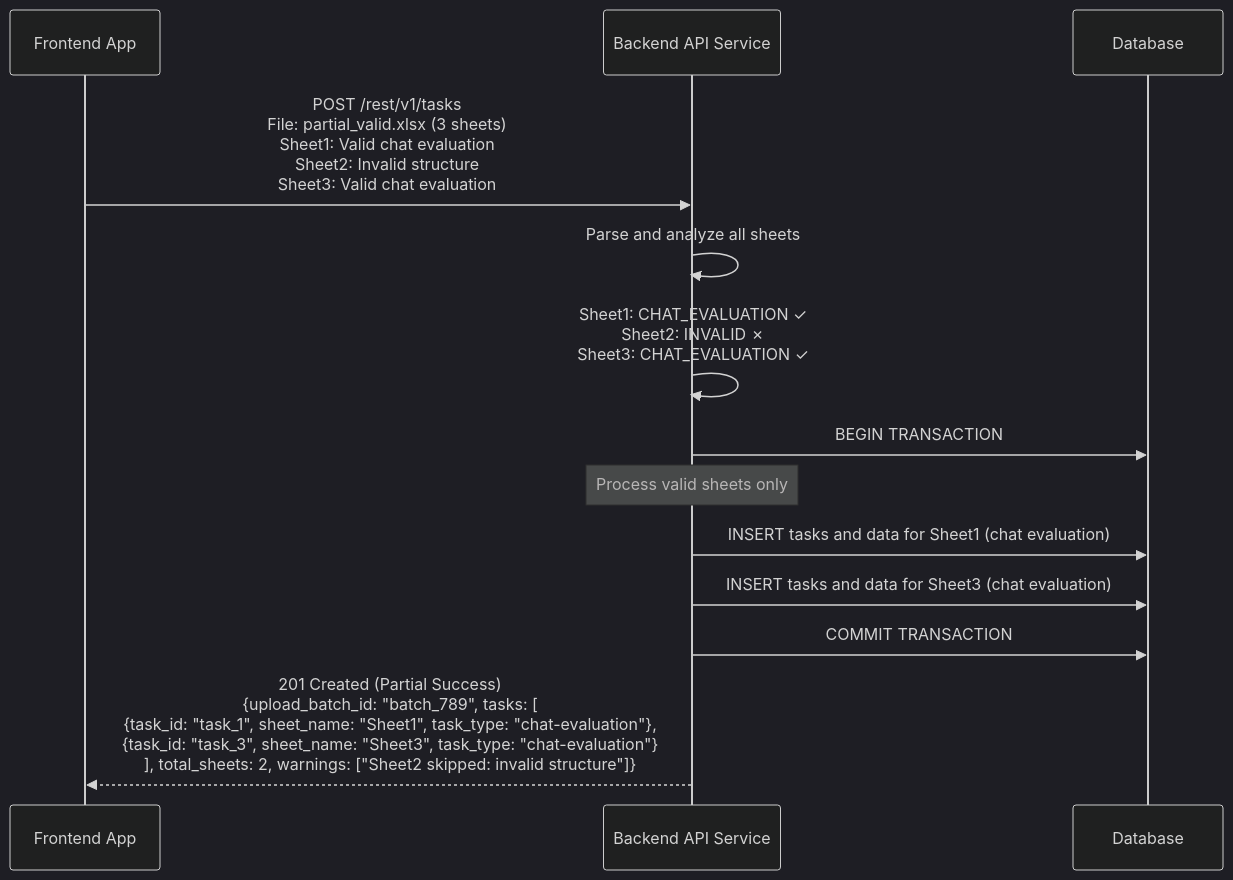
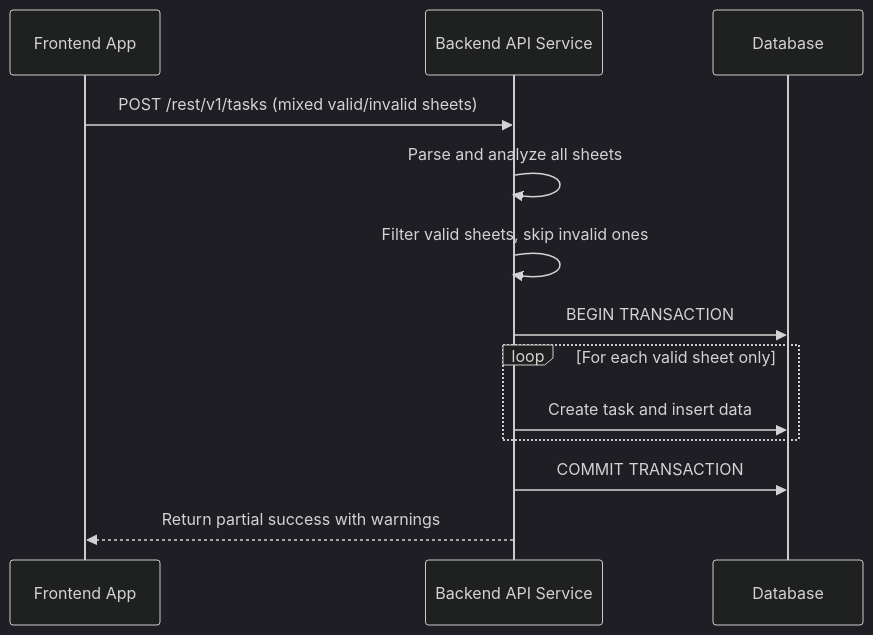
The third of 9 diagrams in docs/sequence-diagrams-api-handling.md (andrewhzy/SpringHttpClientDataJpaDemo), drawn with Mermaid (dark theme) before and after one commit. The commit also changed other lines of this file and 2 other files, not shown here.

Commit message:
Update API specification to reflect new maximum rows per sheet limit and enhance README with backend Java classes flow, clarifying component responsibilities for Excel file uploads and task management.

````diff
--- a/docs/sequence-diagrams-api-handling.md
+++ b/docs/sequence-diagrams-api-handling.md
@@ -88,19 +69,19 @@
 ```mermaid
 sequenceDiagram
     participant FE as Frontend App
     participant API as Backend API Service
     participant DB as Database
     
-    FE->>API: POST /rest/v1/tasks<br/>File: partial_valid.xlsx (3 sheets)<br/>Sheet1: Valid chat evaluation<br/>Sheet2: Invalid structure<br/>Sheet3: Valid chat evaluation
+    FE->>API: POST /rest/v1/tasks (mixed valid/invalid sheets)
     API->>API: Parse and analyze all sheets
-    API->>API: Sheet1: CHAT_EVALUATION ✓<br/>Sheet2: INVALID ✗<br/>Sheet3: CHAT_EVALUATION ✓
+    API->>API: Filter valid sheets, skip invalid ones
     
     API->>DB: BEGIN TRANSACTION
     
-    Note over API: Process valid sheets only
-    API->>DB: INSERT tasks and data for Sheet1 (chat evaluation)
-    API->>DB: INSERT tasks and data for Sheet3 (chat evaluation)
+    loop For each valid sheet only
+        API->>DB: Create task and insert data
+    end
     
     API->>DB: COMMIT TRANSACTION
-    API-->>FE: 201 Created (Partial Success)<br/>{upload_batch_id: "batch_789", tasks: [<br/>{task_id: "task_1", sheet_name: "Sheet1", task_type: "chat-evaluation"},<br/>{task_id: "task_3", sheet_name: "Sheet3", task_type: "chat-evaluation"}<br/>], total_sheets: 2, warnings: ["Sheet2 skipped: invalid structure"]}
+    API-->>FE: Return partial success with warnings
 ```
````
